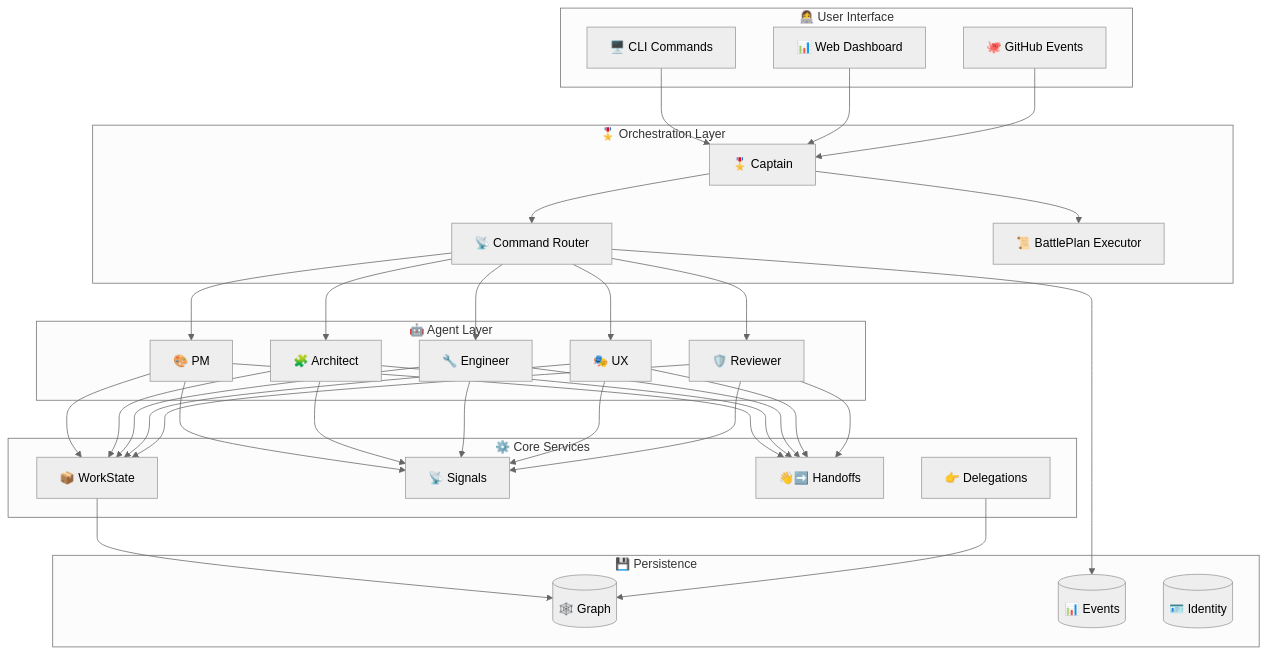
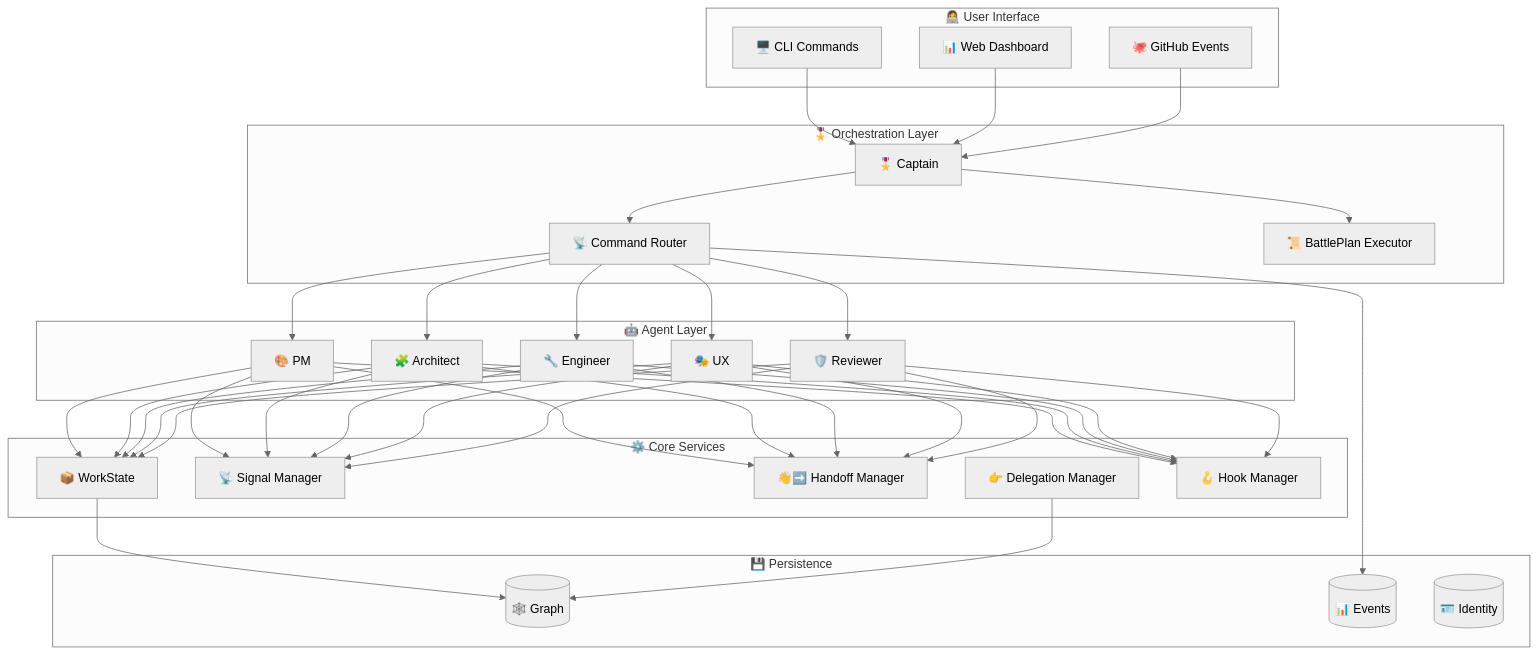
One commit to jnPiyush/AI-Squad changed the eighth of 8 diagrams in README.md. Above: the diagram before and after it, drawn with Mermaid (neutral theme). The commit also changed other lines of this file, not shown here.

First line of the commit message:
docs: remove Cost section and validate Architecture

````diff
--- a/README.md
+++ b/README.md
@@ -716,43 +716,44 @@
 ```mermaid
 graph TB
     subgraph "👩‍💻 User Interface"
         CLI["🖥️ CLI Commands"]
         Dashboard["📊 Web Dashboard"]
         GH["🐙 GitHub Events"]
     end
     
     subgraph "🎖️ Orchestration Layer"
         Captain["🎖️ Captain"]
         Router["📡 Command Router"]
         BPE["📜 BattlePlan Executor"]
     end
     
     subgraph "🤖 Agent Layer"
         PM["🎨 PM"]
         Arch["🧩 Architect"]
         Eng["🔧 Engineer"]
         UX["🎭 UX"]
         Rev["🛡️ Reviewer"]
     end
     
     subgraph "⚙️ Core Services"
         WS["📦 WorkState"]
-        Signal["📡 Signals"]
-        Handoff["👋➡️ Handoffs"]
-        Del["👉 Delegations"]
+        Signal["📡 Signal Manager"]
+        Handoff["👋➡️ Handoff Manager"]
+        Del["👉 Delegation Manager"]
+        Hooks["🪝 Hook Manager"]
     end
     
     subgraph "💾 Persistence"
         Graph[("🕸️ Graph")]
         Events[("📊 Events")]
         Identity[("🪪 Identity")]
     end
     
     CLI & Dashboard & GH --> Captain
     Captain --> Router --> PM & Arch & Eng & UX & Rev
     Captain --> BPE
-    PM & Arch & Eng & UX & Rev --> WS & Signal & Handoff
+    PM & Arch & Eng & UX & Rev --> WS & Signal & Handoff & Hooks
     WS --> Graph
     Del --> Graph
     Router --> Events
 ```
````
